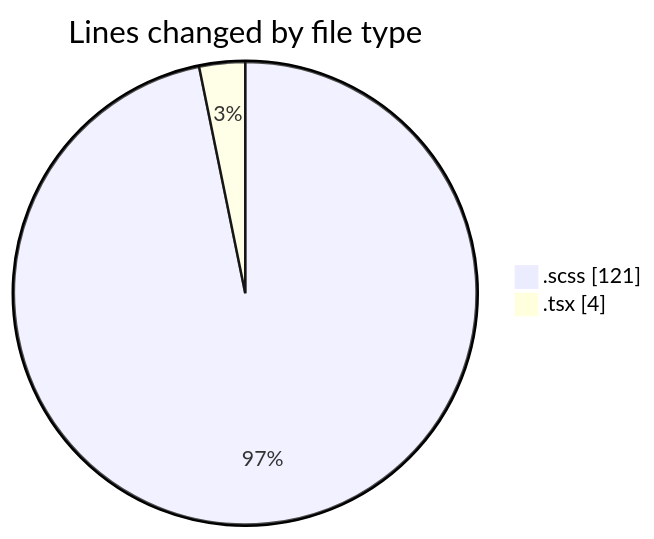
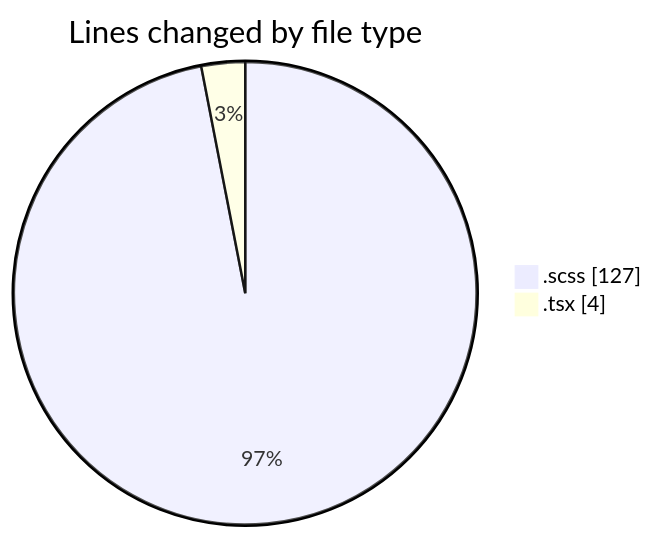
One commit to momahboobian/code-tracking changed the first of 2 diagrams in 2026-08-10/cda/README.md. Above: the diagram before and after it, drawn with Mermaid. The commit also changed other lines of this file and 1 other file, not shown here.

````diff
--- a/2026-08-10/cda/README.md
+++ b/2026-08-10/cda/README.md
@@ -23,6 +23,6 @@
 ```mermaid
 pie showData
 title Lines changed by file type
-".scss" : 121
+".scss" : 127
 ".tsx" : 4
 ```
````
